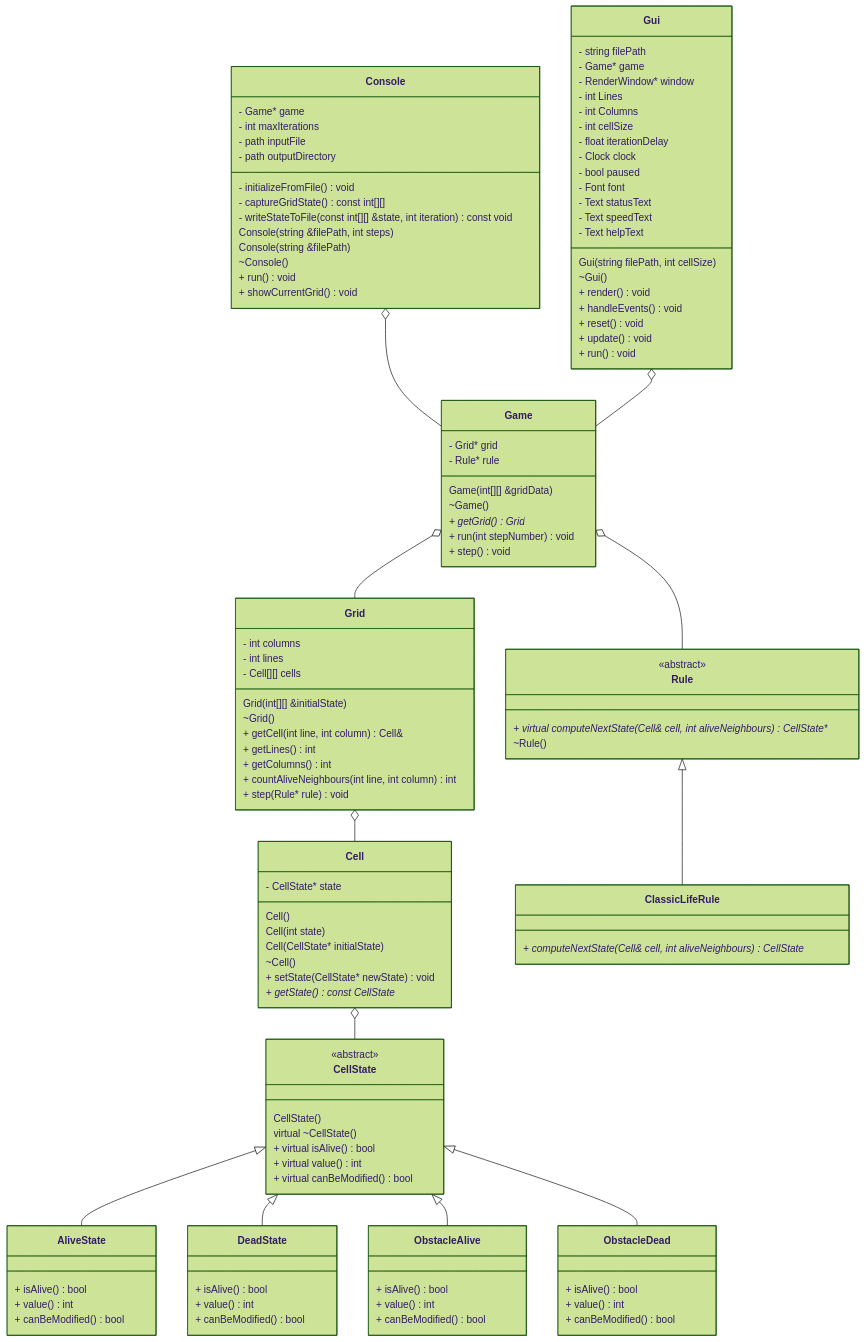
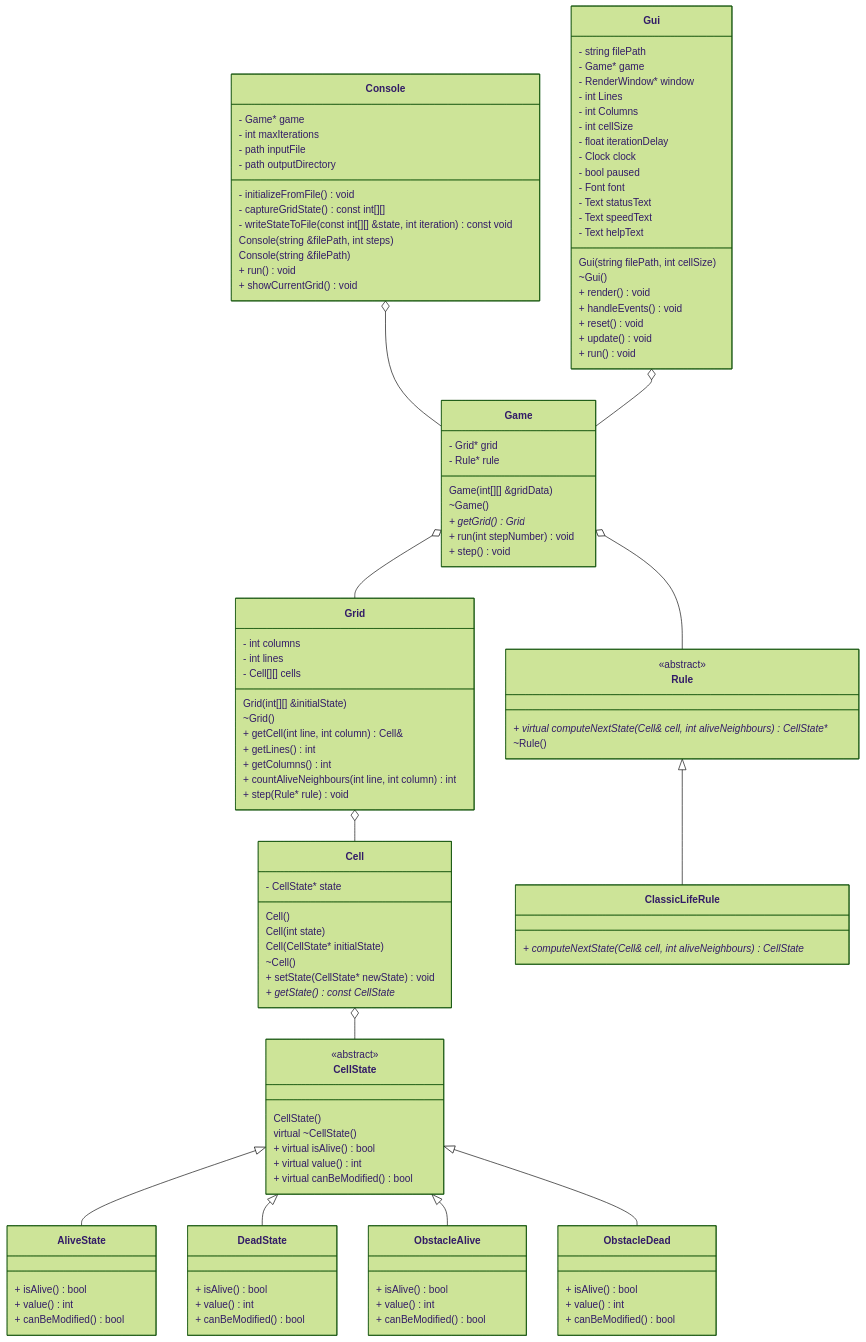
The diagram in diagrams/class_diagram.md (Vecta6/CESI-Projet-POO-25-26), drawn with Mermaid (forest theme) before and after one commit. The commit also changed 2 other files, not shown here.

Commit message:
Fin diagramme sequence + correction classes/activite

```diff
--- a/diagrams/class_diagram.md
+++ b/diagrams/class_diagram.md
@@ -93,7 +93,6 @@
 
         Console(string &filePath, int steps)
         Console(string &filePath)
-        ~Console()
 
         + run() void
         + showCurrentGrid() void
```
